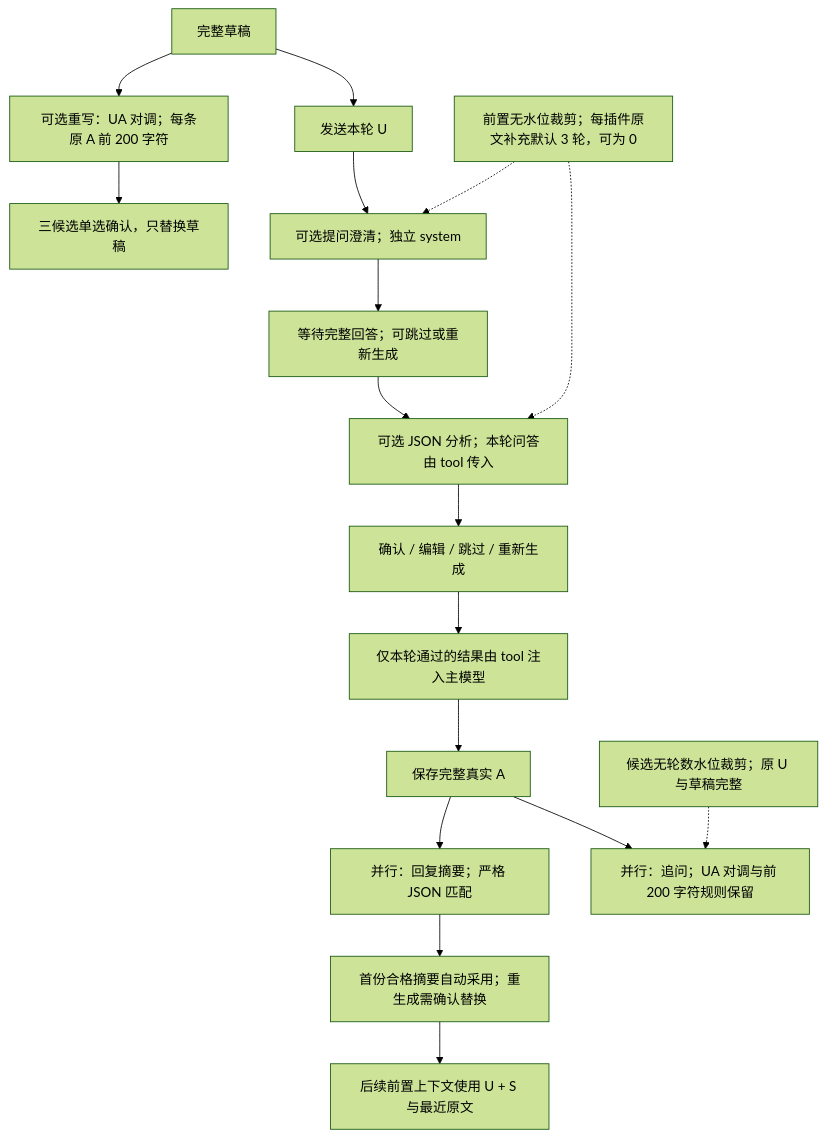
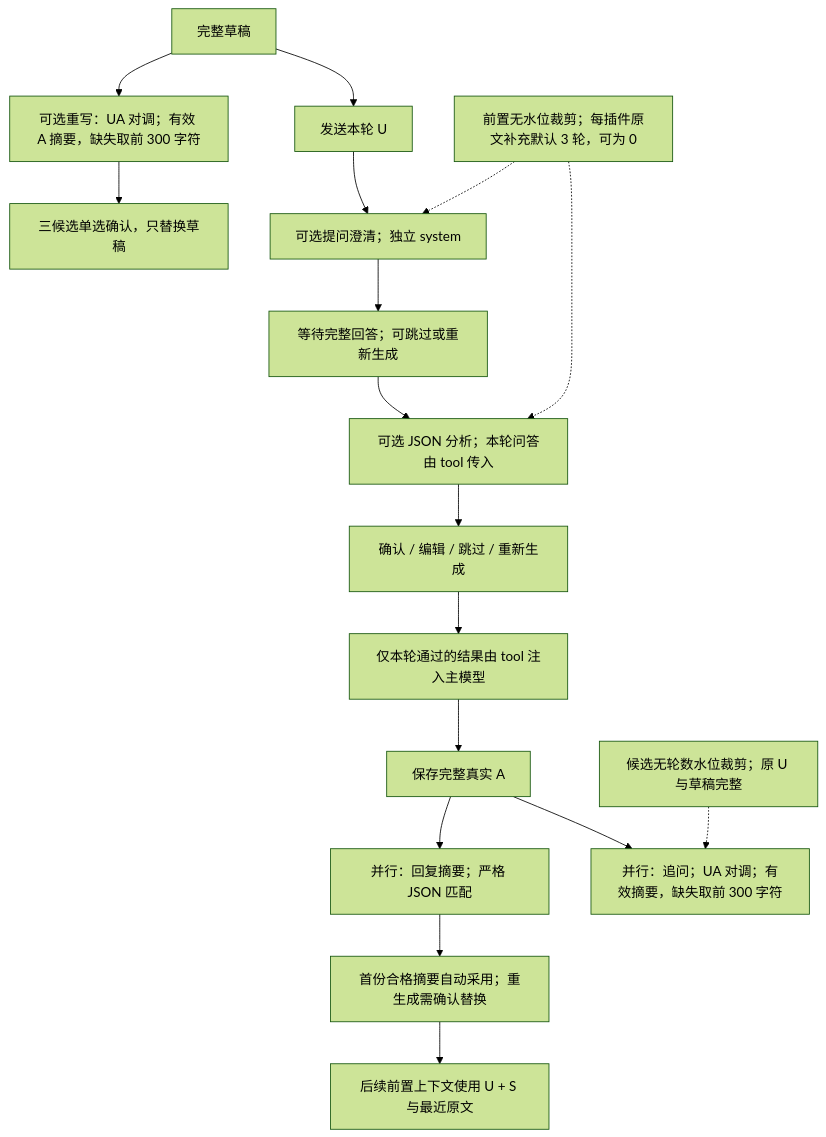
The first of 8 diagrams in docs/PLUGINS.md (ccawmiku/workers-chat), drawn with Mermaid (forest theme) before and after one commit. The commit also changed other lines of this file and 32 other files, not shown here.

````diff
--- a/docs/PLUGINS.md
+++ b/docs/PLUGINS.md
@@ -22,19 +22,19 @@
 ```mermaid
 flowchart TD
-    Draft[完整草稿] --> Rewrite[可选重写：UA 对调；每条原 A 前 200 字符]
+    Draft[完整草稿] --> Rewrite[可选重写：UA 对调；有效 A 摘要，缺失取前 300 字符]
     Rewrite --> Choose[三候选单选确认，只替换草稿]
     Draft --> Send[发送本轮 U]
     Send --> Clarify[可选提问澄清；独立 system]
     Clarify --> Answer[等待完整回答；可跳过或重新生成]
     Answer --> Analysis[可选 JSON 分析；本轮问答由 tool 传入]
     Analysis --> Gate[确认 / 编辑 / 跳过 / 重新生成]
     Gate --> Main[仅本轮通过的结果由 tool 注入主模型]
     Main --> A[保存完整真实 A]
     A --> Summary[并行：回复摘要；严格 JSON 匹配]
-    A --> Suggest[并行：追问；UA 对调与前 200 字符规则保留]
+    A --> Suggest[并行：追问；UA 对调；有效摘要，缺失取前 300 字符]
     Summary --> Adopt[首份合格摘要自动采用；重生成需确认替换]
     Adopt --> Next[后续前置上下文使用 U + S 与最近原文]
     Water[前置无水位裁剪；每插件原文补充默认 3 轮，可为 0] -.-> Clarify
     Water -.-> Analysis
     Swapped[候选无轮数水位裁剪；原 U 与草稿完整] -.-> Suggest
 ```
````
